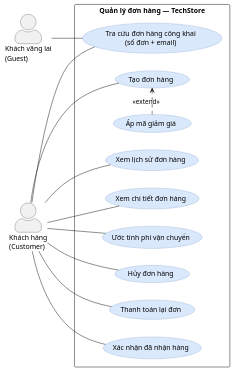
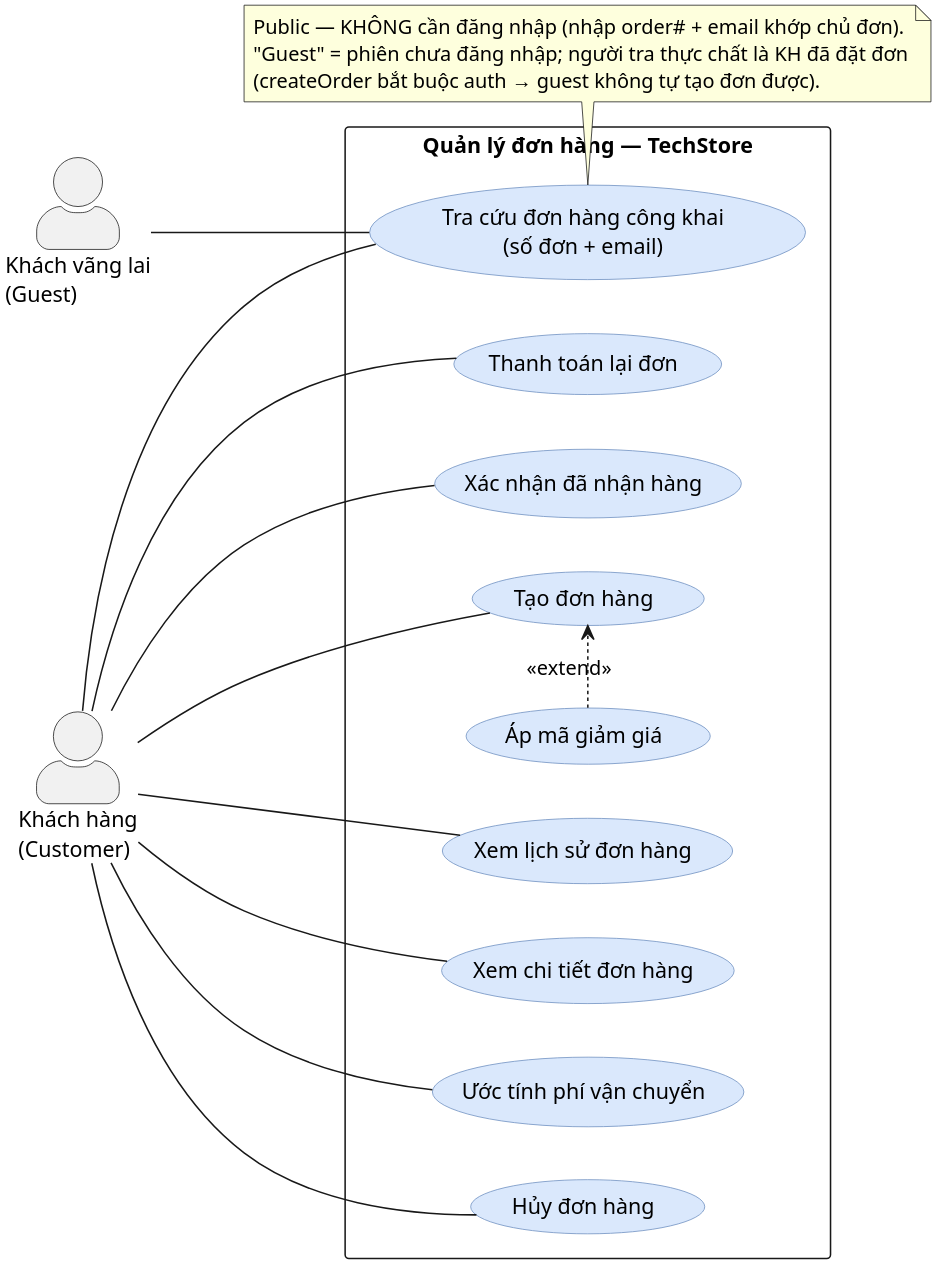
Before and after one commit to MinhThang1009/E-commerce-website: the diagram in diagrams/usecase/usecase-12-orders-customer.puml, drawn with PlantUML. The commit also changed 18 other files, not shown here.

First line of the commit message:
docs(diagram): verify-then-draw 6 sơ đồ use-case + state (GATE-D)

```diff
--- a/diagrams/usecase/usecase-12-orders-customer.puml
+++ b/diagrams/usecase/usecase-12-orders-customer.puml
@@ -1,44 +1,51 @@
 @startuml usecase-12-orders-customer
 ' Use case — Đơn hàng phía khách (Guest + Customer)
 ' Verify vs backend/src/modules/orders/routes.js (guard: /track public, còn lại authenticate)
 ' Mã giảm giá (UC_discount) là <<extend>> của Tạo đơn — discountCode optional trong createOrder.
 ' Quyết định A (GATE-D 2026-06-03): GET /orders/number/:number (getOrderByNumber) GỘP vào
 '   "Xem chi tiết đơn hàng" — cùng UC xem đơn, chỉ khác key tra cứu (id vs number); không tách UC riêng.
 left to right direction
+skinparam dpi 300
 skinparam backgroundColor #FFFFFF
 skinparam shadowing false
 skinparam packageStyle rectangle
 skinparam usecase {
   BackgroundColor #DAE8FC
   BorderColor #6C8EBF
 }
 skinparam actorStyle awesome
 
 actor "Khách vãng lai\n(Guest)" as guest
 actor "Khách hàng\n(Customer)" as customer
 
 rectangle "Quản lý đơn hàng — TechStore" {
   usecase "Tạo đơn hàng" as UC_create
   usecase "Áp mã giảm giá" as UC_discount
   usecase "Xem lịch sử đơn hàng" as UC_list
   usecase "Xem chi tiết đơn hàng" as UC_detail
   usecase "Ước tính phí vận chuyển" as UC_ship
   usecase "Hủy đơn hàng" as UC_cancel
   usecase "Thanh toán lại đơn" as UC_repay
   usecase "Xác nhận đã nhận hàng" as UC_receive
   usecase "Tra cứu đơn hàng công khai\n(số đơn + email)" as UC_track
 
   UC_discount .> UC_create : <<extend>>
 }
 
 customer -- UC_create
 customer -- UC_list
 customer -- UC_detail
 customer -- UC_ship
 customer -- UC_cancel
 customer -- UC_repay
 customer -- UC_receive
 customer -- UC_track
 
 guest -- UC_track
+
+note bottom of UC_track
+  Public — KHÔNG cần đăng nhập (nhập order# + email khớp chủ đơn).
+  "Guest" = phiên chưa đăng nhập; người tra thực chất là KH đã đặt đơn
+  (createOrder bắt buộc auth → guest không tự tạo đơn được).
+end note
 @enduml
```
